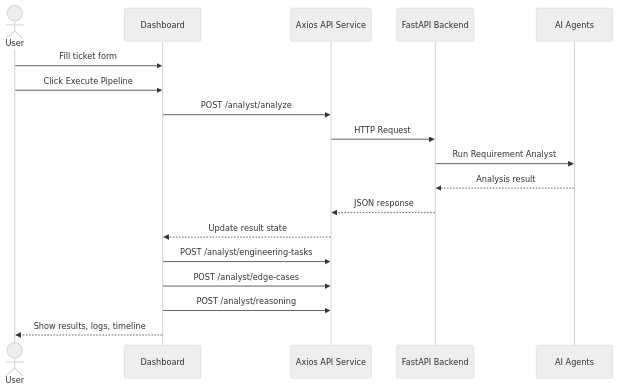
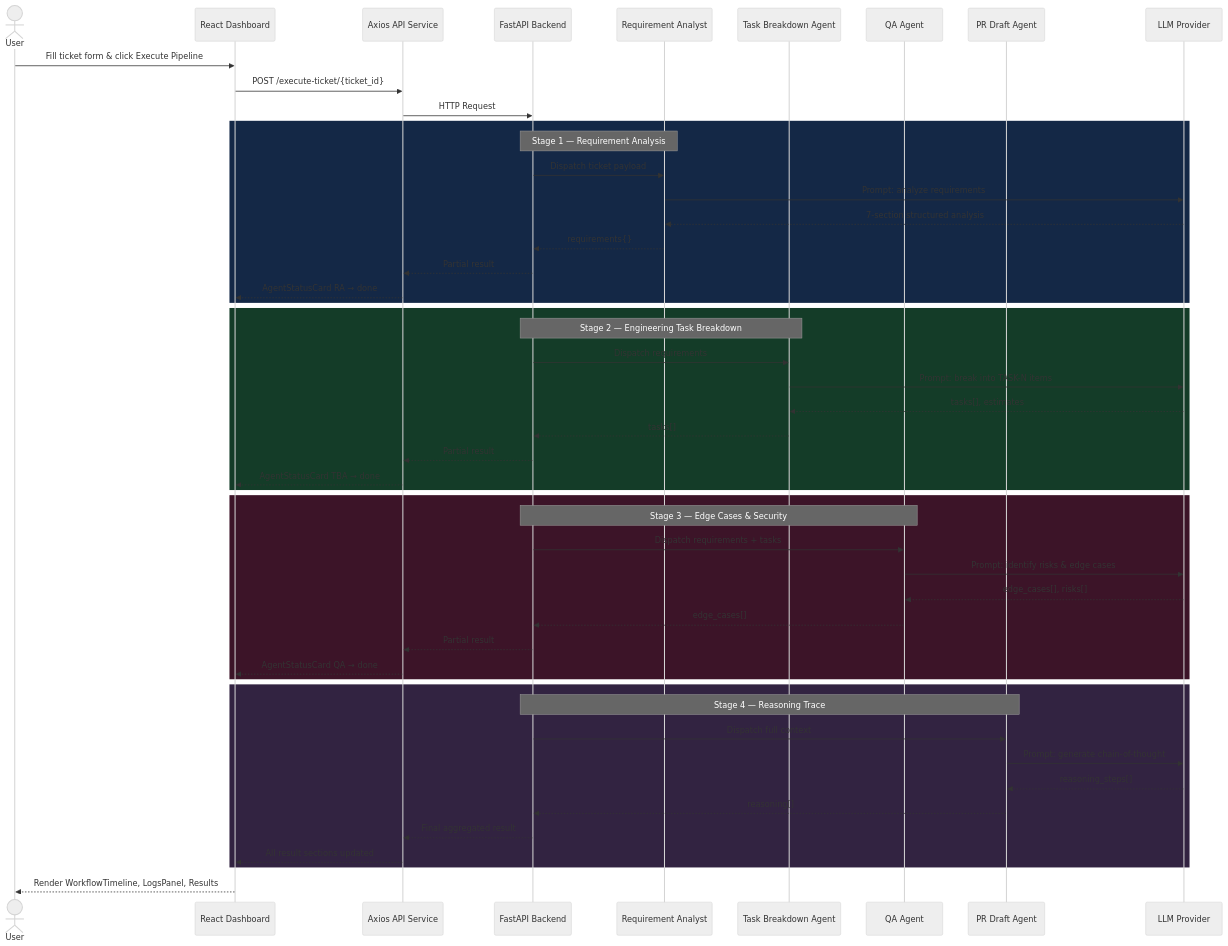
Before and after one commit to amirtha-1412/Jira-Agentic-Development-System: the second of 5 diagrams in README.md, drawn with Mermaid (neutral theme). The commit also changed other lines of this file, not shown here.

````diff
--- a/README.md
+++ b/README.md
@@ -292,21 +60,58 @@
 ```mermaid
 sequenceDiagram
     actor User
-    participant Dashboard
+    participant Dashboard as React Dashboard
     participant API as Axios API Service
     participant Backend as FastAPI Backend
-    participant Agent as AI Agents
+    participant RA as Requirement Analyst
+    participant TBA as Task Breakdown Agent
+    participant QA as QA Agent
+    participant PR as PR Draft Agent
+    participant LLM as LLM Provider
 
-    User->>Dashboard: Fill ticket form
-    User->>Dashboard: Click Execute Pipeline
-    Dashboard->>API: POST /analyst/analyze
+    User->>Dashboard: Fill ticket form & click Execute Pipeline
+    Dashboard->>API: POST /execute-ticket/{ticket_id}
     API->>Backend: HTTP Request
-    Backend->>Agent: Run Requirement Analyst
-    Agent-->>Backend: Analysis result
-    Backend-->>API: JSON response
-    API-->>Dashboard: Update result state
-    Dashboard->>API: POST /analyst/engineering-tasks
-    Dashboard->>API: POST /analyst/edge-cases
-    Dashboard->>API: POST /analyst/reasoning
-    Dashboard-->>User: Show results, logs, timeline
+
+    rect rgb(20, 40, 70)
+        note over Backend,RA: Stage 1 — Requirement Analysis
+        Backend->>RA: Dispatch ticket payload
+        RA->>LLM: Prompt: analyze requirements
+        LLM-->>RA: 7-section structured analysis
+        RA-->>Backend: requirements{}
+        Backend-->>API: Partial result
+        API-->>Dashboard: AgentStatusCard RA → done
+    end
+
+    rect rgb(20, 60, 40)
+        note over Backend,TBA: Stage 2 — Engineering Task Breakdown
+        Backend->>TBA: Dispatch requirements
+        TBA->>LLM: Prompt: break into TASK-N items
+        LLM-->>TBA: tasks[], estimates
+        TBA-->>Backend: tasks[]
+        Backend-->>API: Partial result
+        API-->>Dashboard: AgentStatusCard TBA → done
+    end
+
+    rect rgb(60, 20, 40)
+        note over Backend,QA: Stage 3 — Edge Cases & Security
+        Backend->>QA: Dispatch requirements + tasks
+        QA->>LLM: Prompt: identify risks & edge cases
+        LLM-->>QA: edge_cases[], risks[]
+        QA-->>Backend: edge_cases[]
+        Backend-->>API: Partial result
+        API-->>Dashboard: AgentStatusCard QA → done
+    end
+
+    rect rgb(50, 35, 65)
+        note over Backend,PR: Stage 4 — Reasoning Trace
+        Backend->>PR: Dispatch full context
+        PR->>LLM: Prompt: generate chain-of-thought
+        LLM-->>PR: reasoning_steps[]
+        PR-->>Backend: reasoning[]
+        Backend-->>API: Final aggregated result
+        API-->>Dashboard: All result sections updated
+    end
+
+    Dashboard-->>User: Render WorkflowTimeline, LogsPanel, Results
 ```
````
